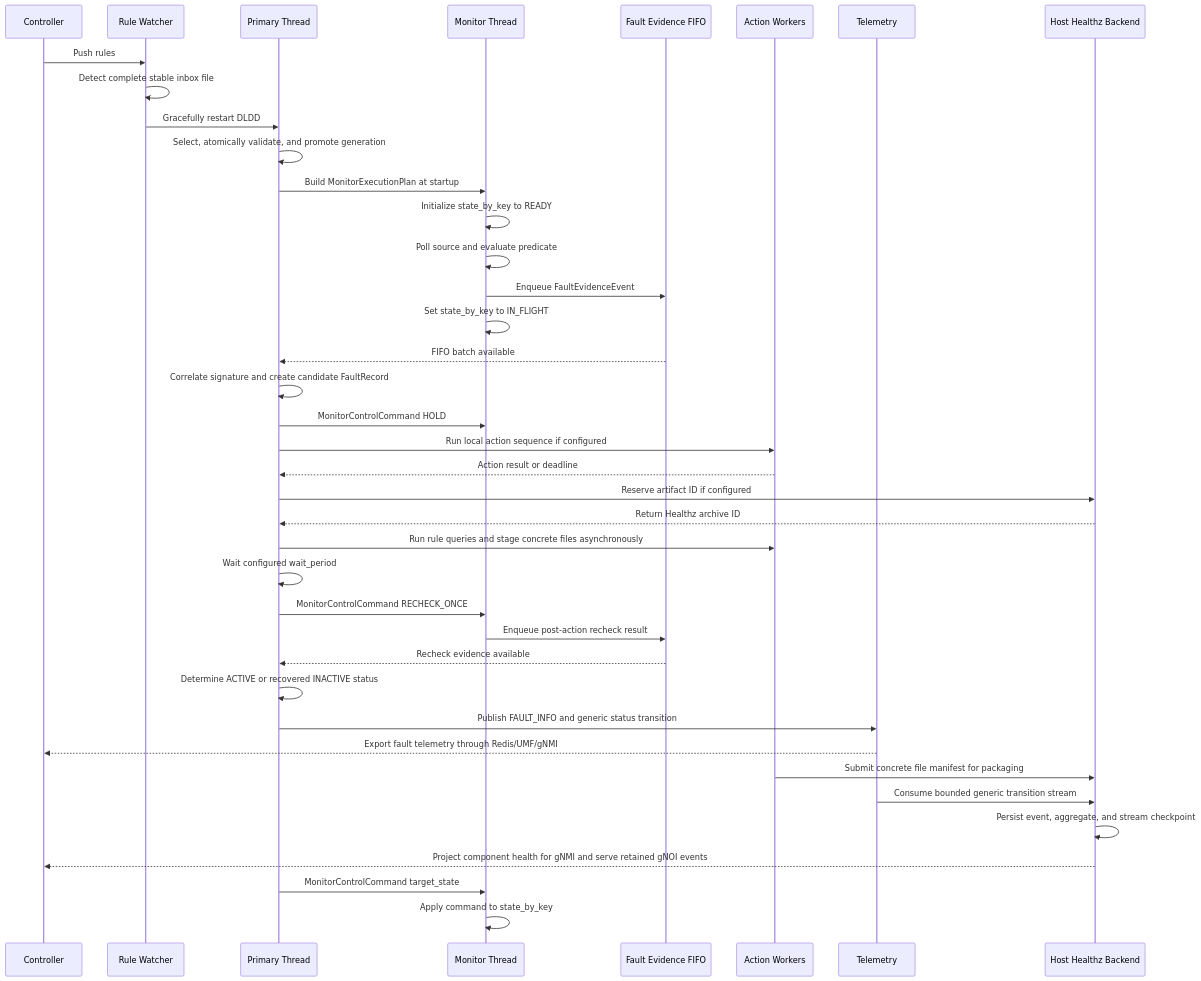
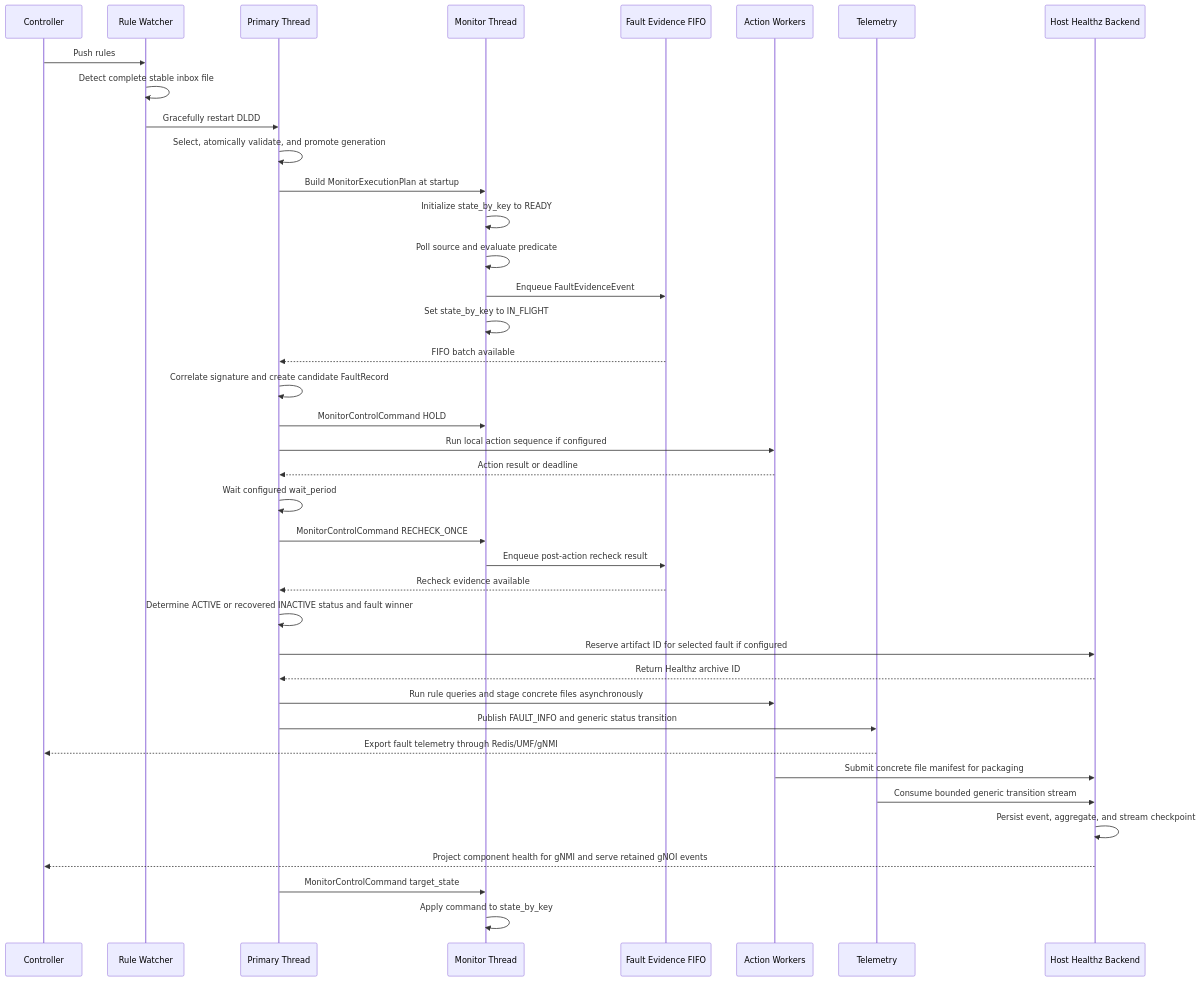
Before and after one commit to gregoryboudreau/SONiC: the second of 2 diagrams in doc/device_local_diagnosis/device-local-diagnosis-daemon.md, drawn with Mermaid. The commit also changed other lines of this file and 1 other file, not shown here.

Commit message:
Align DLDD and gNOI Healthz designs with validated integration

````diff
--- a/doc/device_local_diagnosis/device-local-diagnosis-daemon.md
+++ b/doc/device_local_diagnosis/device-local-diagnosis-daemon.md
@@ -197,42 +198,42 @@
 ```mermaid
 sequenceDiagram
   participant C as Controller
   participant W as Rule Watcher
   participant P as Primary Thread
   participant M as Monitor Thread
   participant Q as Fault Evidence FIFO
   participant A as Action Workers
   participant T as Telemetry
   participant H as Host Healthz Backend
 
   C->>W: Push rules
   W->>W: Detect complete stable inbox file
   W->>P: Gracefully restart DLDD
   P->>P: Select, atomically validate, and promote generation
   P->>M: Build MonitorExecutionPlan at startup
   M->>M: Initialize state_by_key to READY
   M->>M: Poll source and evaluate predicate
   M->>Q: Enqueue FaultEvidenceEvent
   M->>M: Set state_by_key to IN_FLIGHT
   Q-->>P: FIFO batch available
   P->>P: Correlate signature and create candidate FaultRecord
   P->>M: MonitorControlCommand HOLD
   P->>A: Run local action sequence if configured
   A-->>P: Action result or deadline
-  P->>H: Reserve artifact ID if configured
-  H-->>P: Return Healthz archive ID
-  P->>A: Run rule queries and stage concrete files asynchronously
   P->>P: Wait configured wait_period
   P->>M: MonitorControlCommand RECHECK_ONCE
   M->>Q: Enqueue post-action recheck result
   Q-->>P: Recheck evidence available
-  P->>P: Determine ACTIVE or recovered INACTIVE status
+  P->>P: Determine ACTIVE or recovered INACTIVE status and fault winner
+  P->>H: Reserve artifact ID for selected fault if configured
+  H-->>P: Return Healthz archive ID
+  P->>A: Run rule queries and stage concrete files asynchronously
   P->>T: Publish FAULT_INFO and generic status transition
   T-->>C: Export fault telemetry through Redis/UMF/gNMI
   A->>H: Submit concrete file manifest for packaging
   T->>H: Consume bounded generic transition stream
   H->>H: Persist event, aggregate, and stream checkpoint
   H-->>C: Project component health for gNMI and serve retained gNOI events
   P->>M: MonitorControlCommand target_state
   M->>M: Apply command to state_by_key
 ```
````
